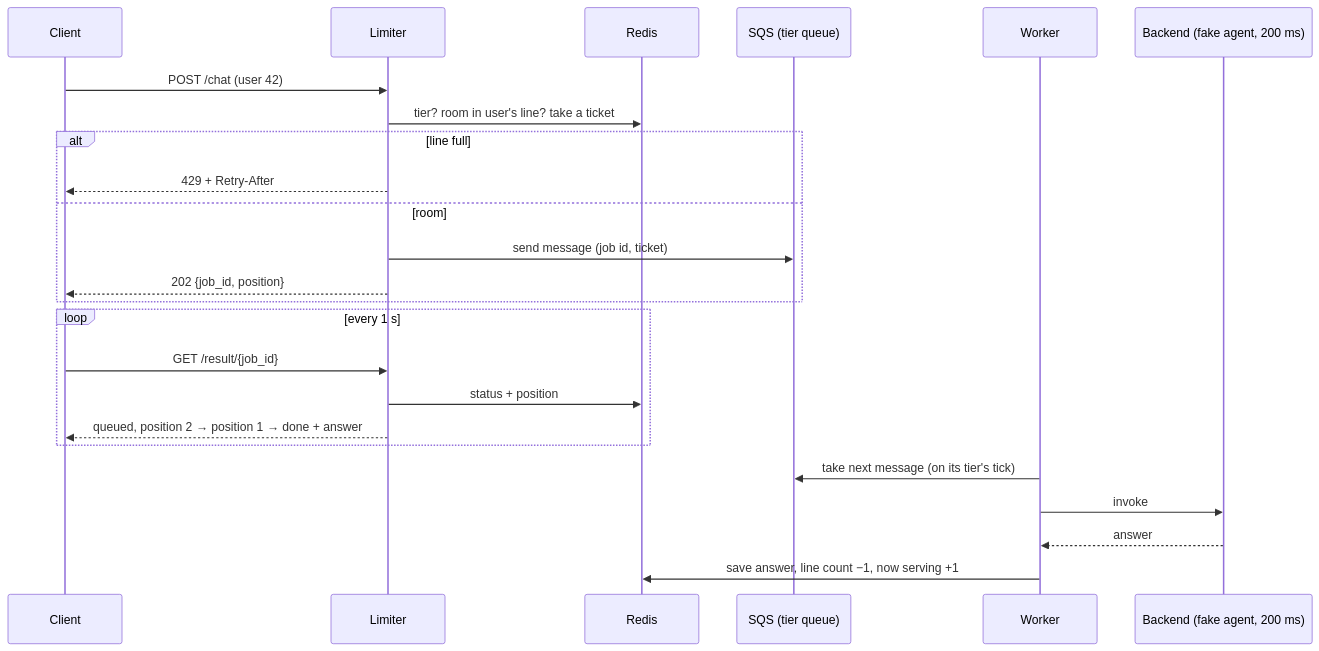
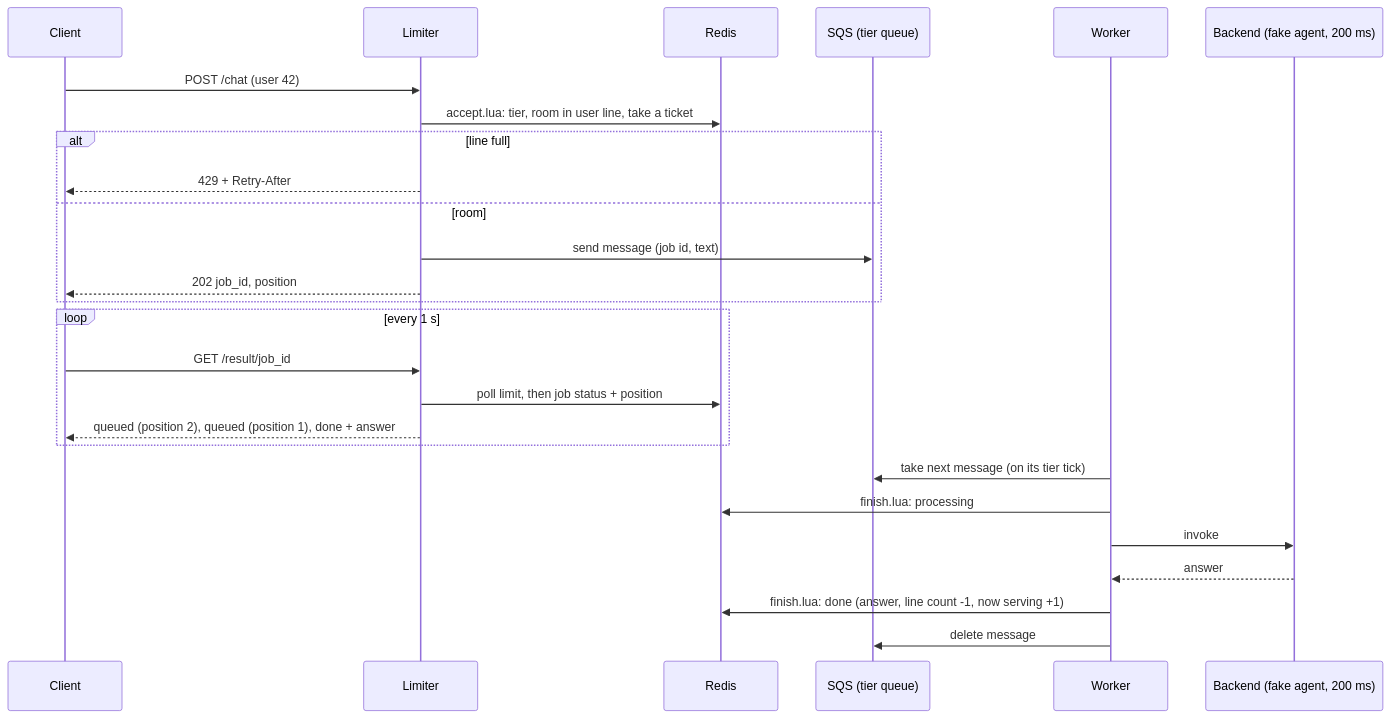
One commit to TareDevarsh/AWS-cloudformation-projects changed the second of 2 diagrams in projects/03-rate-limiter/src/leaky_bucket/README.md. Above: the diagram before and after it, drawn with Mermaid. The commit also changed other lines of this file and 31 other files, not shown here.

````diff
--- a/projects/03-rate-limiter/src/leaky_bucket/README.md
+++ b/projects/03-rate-limiter/src/leaky_bucket/README.md
@@ -40,26 +64,28 @@
 ```mermaid
 sequenceDiagram
     participant C as Client
     participant L as Limiter
     participant R as Redis
     participant Q as SQS (tier queue)
     participant W as Worker
     participant B as Backend (fake agent, 200 ms)
     C->>L: POST /chat (user 42)
-    L->>R: tier? room in user's line? take a ticket
+    L->>R: accept.lua: tier, room in user line, take a ticket
     alt line full
         L-->>C: 429 + Retry-After
     else room
-        L->>Q: send message (job id, ticket)
-        L-->>C: 202 {job_id, position}
+        L->>Q: send message (job id, text)
+        L-->>C: 202 job_id, position
     end
     loop every 1 s
-        C->>L: GET /result/{job_id}
-        L->>R: status + position
-        L-->>C: queued, position 2 → position 1 → done + answer
+        C->>L: GET /result/job_id
+        L->>R: poll limit, then job status + position
+        L-->>C: queued (position 2), queued (position 1), done + answer
     end
-    W->>Q: take next message (on its tier's tick)
+    W->>Q: take next message (on its tier tick)
+    W->>R: finish.lua: processing
     W->>B: invoke
     B-->>W: answer
-    W->>R: save answer, line count −1, now serving +1
+    W->>R: finish.lua: done (answer, line count -1, now serving +1)
+    W->>Q: delete message
 ```
````
